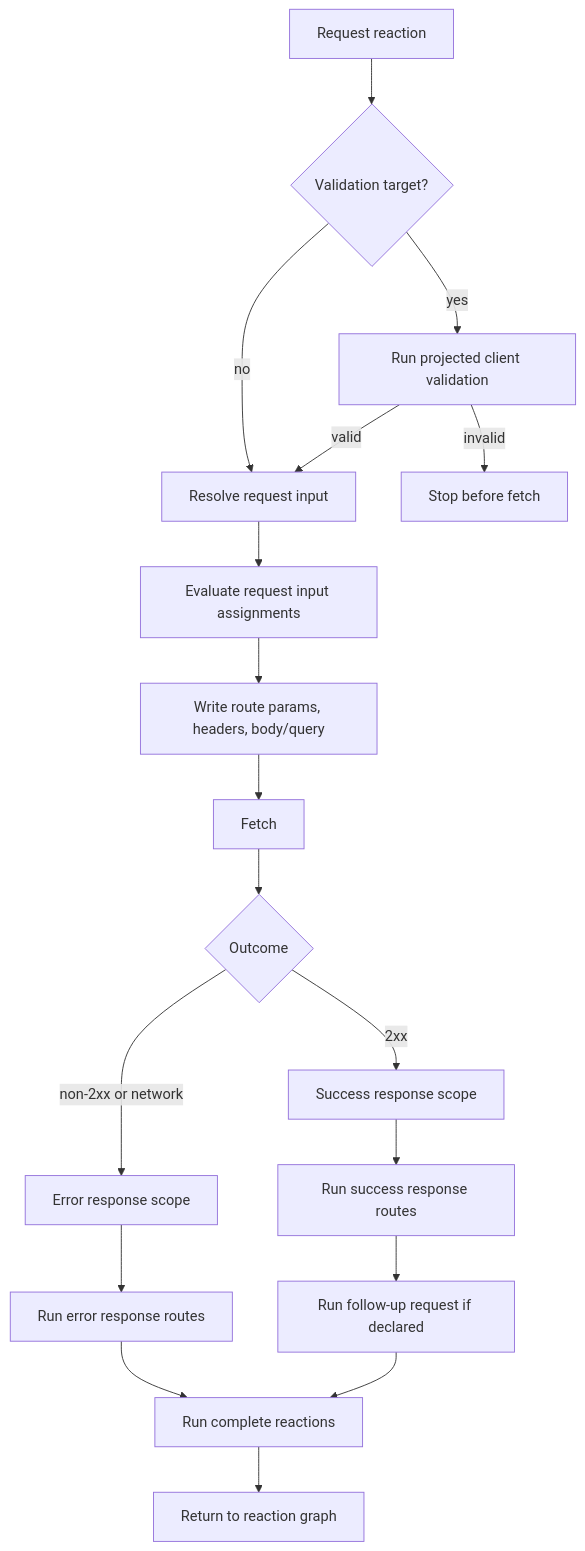
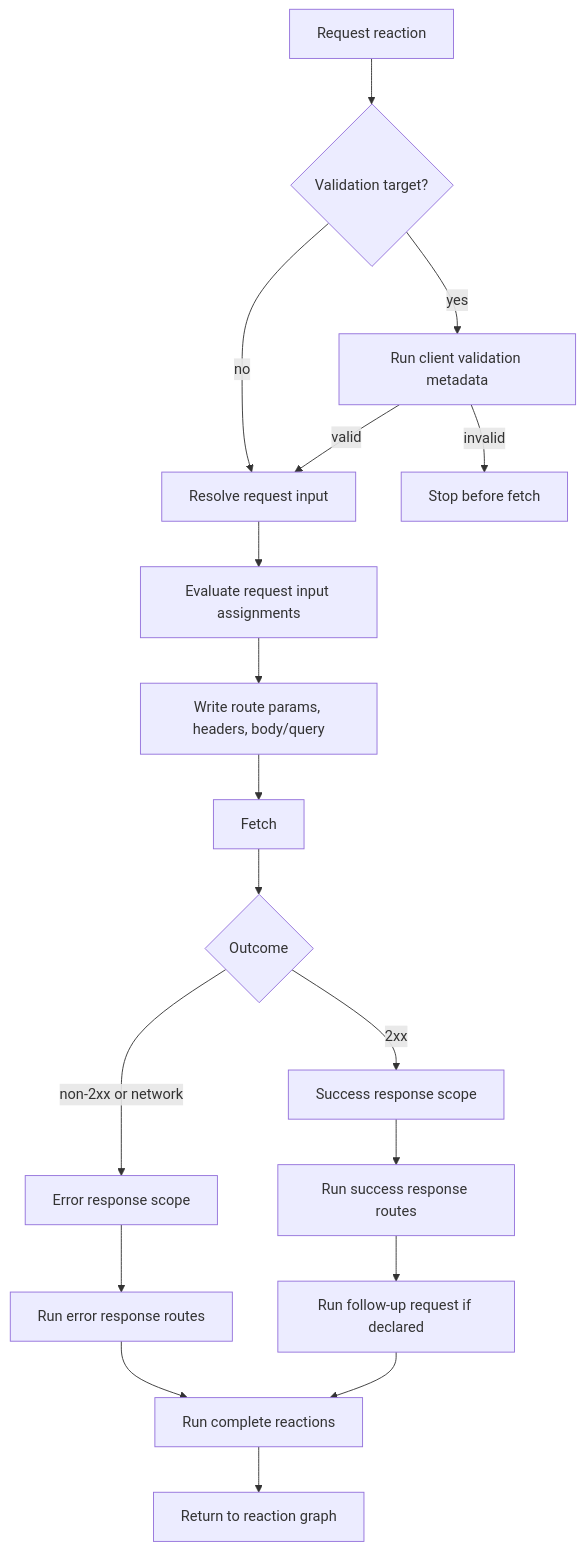
Before and after one commit to marafiq/alis-reactive: the seventh of 10 diagrams in docs/reactive-plan-source-blueprint.md, drawn with Mermaid. The commit also changed other lines of this file and 18 other files, not shown here.

Commit message:
Make client validation metadata DI owned

````diff
--- a/docs/reactive-plan-source-blueprint.md
+++ b/docs/reactive-plan-source-blueprint.md
@@ -295,20 +295,20 @@
 ```mermaid
 flowchart TD
     A[Request reaction] --> B{Validation target?}
-    B -->|yes| C[Run projected client validation]
+    B -->|yes| C[Run client validation metadata]
     B -->|no| D[Resolve request input]
     C -->|valid| D
     C -->|invalid| Z[Stop before fetch]
     D --> E[Evaluate request input assignments]
     E --> F[Write route params, headers, body/query]
     F --> G[Fetch]
     G --> H{Outcome}
     H -->|2xx| I[Success response scope]
     H -->|non-2xx or network| J[Error response scope]
     I --> K[Run success response routes]
     J --> L[Run error response routes]
     K --> M[Run follow-up request if declared]
     L --> N[Run complete reactions]
     M --> N
     N --> O[Return to reaction graph]
 ```
````
